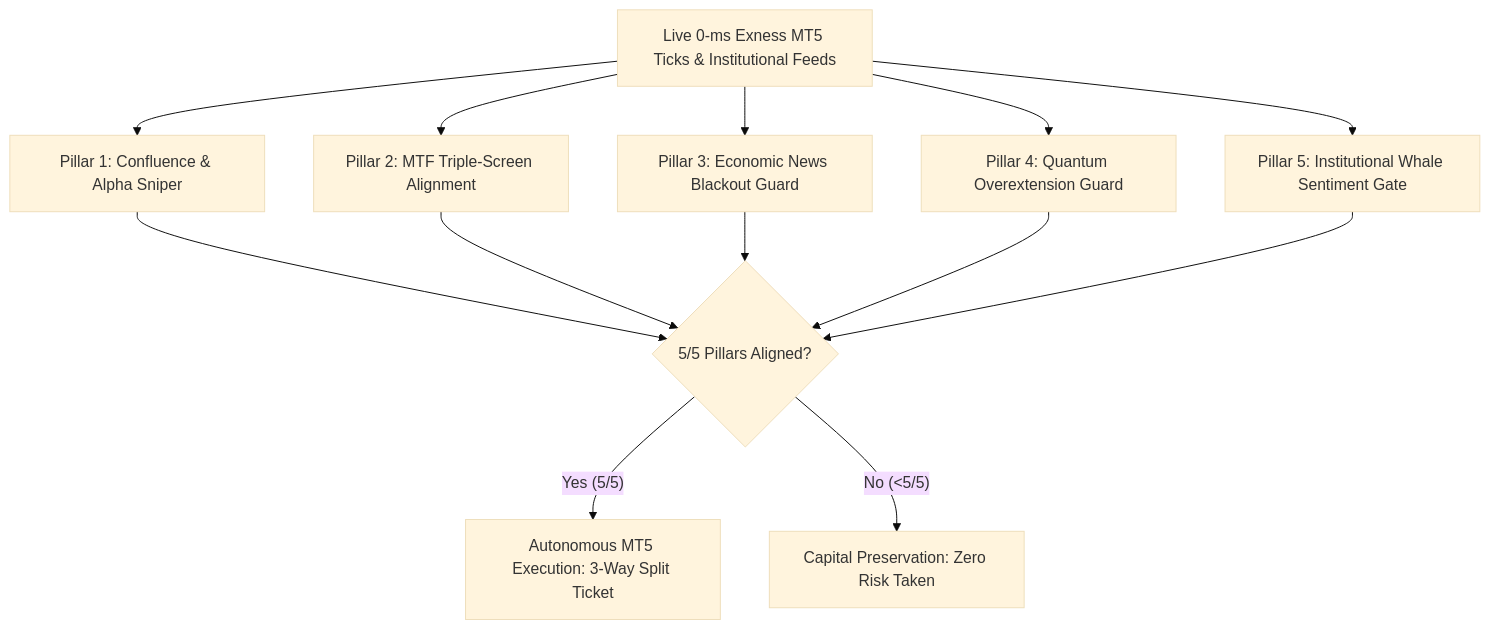
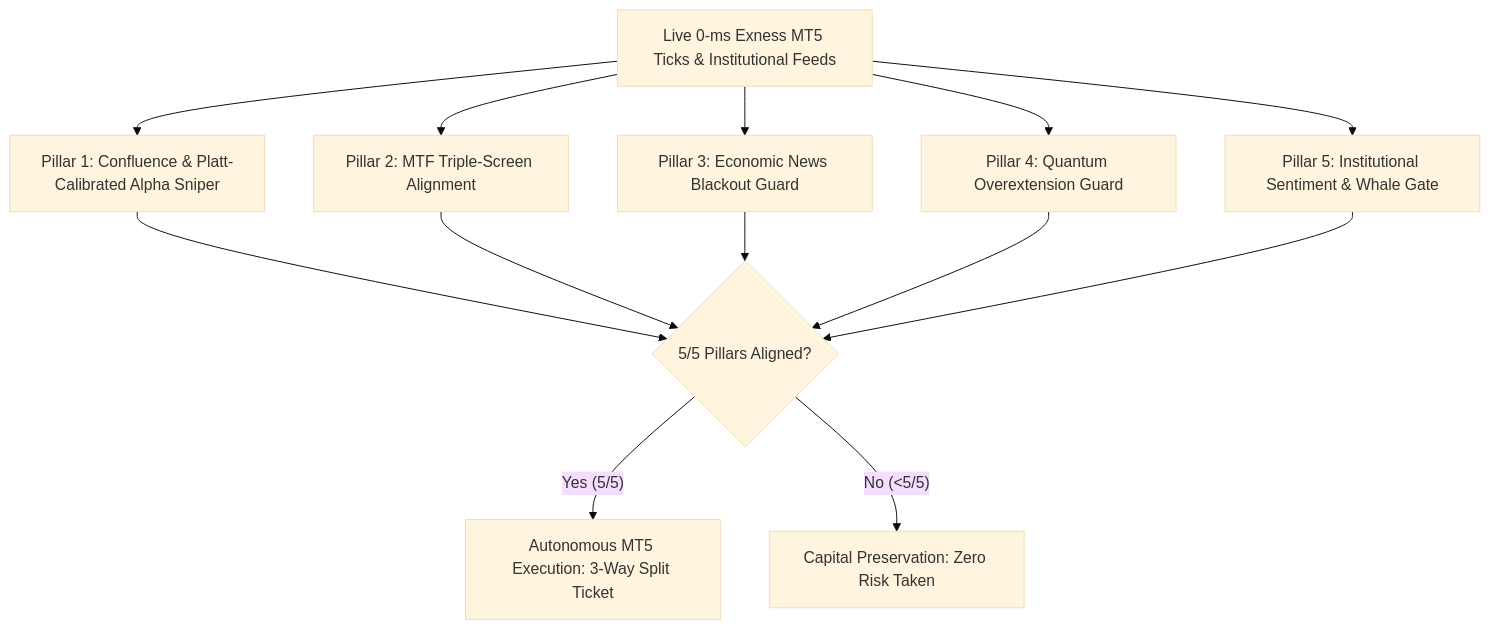
Before and after one commit to RamishMasood/Crypto-Forex-Predictor: the diagram in README.md, drawn with Mermaid (base theme). The commit also changed other lines of this file and 51 other files, not shown here.

````diff
--- a/README.md
+++ b/README.md
@@ -24,17 +32,17 @@
 ```mermaid
 graph TD
-    Market[Live 0-ms Exness MT5 Ticks & Institutional Feeds] --> P1[Pillar 1: Confluence & Alpha Sniper]
+    Market[Live 0-ms Exness MT5 Ticks & Institutional Feeds] --> P1[Pillar 1: Confluence & Platt-Calibrated Alpha Sniper]
     Market --> P2[Pillar 2: MTF Triple-Screen Alignment]
     Market --> P3[Pillar 3: Economic News Blackout Guard]
     Market --> P4[Pillar 4: Quantum Overextension Guard]
-    Market --> P5[Pillar 5: Institutional Whale Sentiment Gate]
+    Market --> P5[Pillar 5: Institutional Sentiment & Whale Gate]
 
     P1 --> Gate{5/5 Pillars Aligned?}
     P2 --> Gate
     P3 --> Gate
     P4 --> Gate
     P5 --> Gate
 
     Gate -- Yes (5/5) --> Exec[Autonomous MT5 Execution: 3-Way Split Ticket]
     Gate -- No (<5/5) --> Drop[Capital Preservation: Zero Risk Taken]
 ```
````
